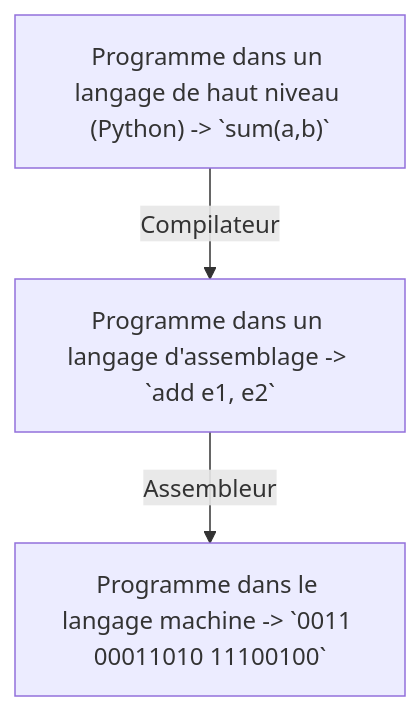
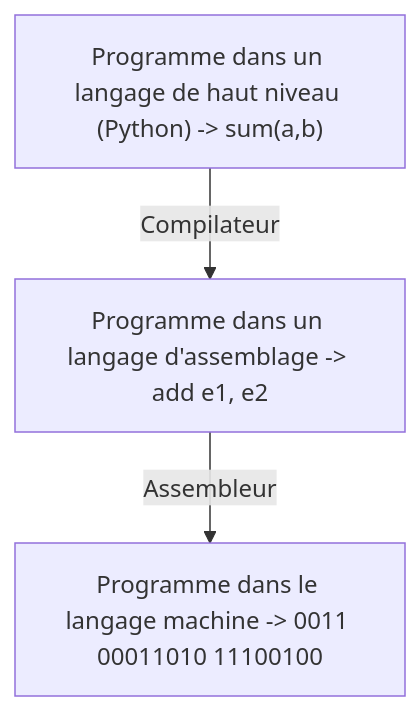
Before and after one commit to boddaert/nsi: the diagram in première/Architecture_des_machines/Modèle_Von_Neumann/Langage_machine.md, drawn with Mermaid.

````diff
--- a/première/Architecture_des_machines/Modèle_Von_Neumann/Langage_machine.md
+++ b/première/Architecture_des_machines/Modèle_Von_Neumann/Langage_machine.md
@@ -25,7 +25,7 @@
 ```mermaid
 flowchart TB
-    a["Programme dans un langage de haut niveau (Python) -> `sum(a,b)`"]
-    b["Programme dans un langage d'assemblage -> `add e1, e2`"]
-    c["Programme dans le langage machine -> `0011 00011010 11100100`"]
+    a["Programme dans un langage de haut niveau (Python) -> sum(a,b)"]
+    b["Programme dans un langage d'assemblage -> add e1, e2"]
+    c["Programme dans le langage machine -> 0011 00011010 11100100"]
     a-- Compilateur -->b-- Assembleur -->c
 ```
````
